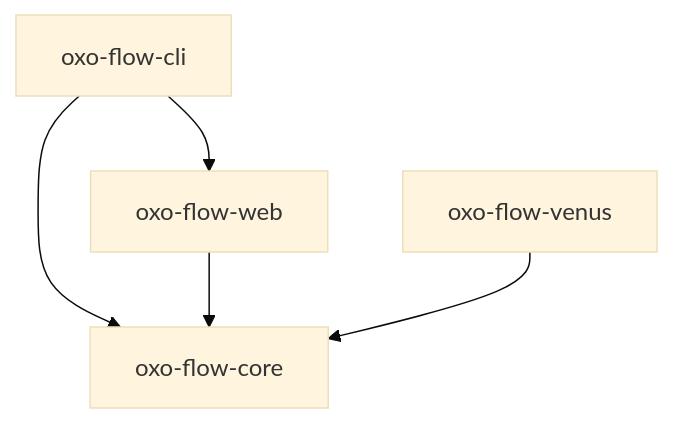
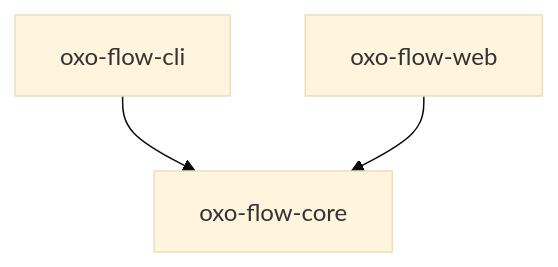
The first of 2 diagrams in docs/guide/src/reference/architecture.md (Traitome/oxo-flow), drawn with Mermaid (base theme) before and after one commit. The commit also changed other lines of this file and 24 other files, not shown here.

First line of the commit message:
chore: completely remove Venus from oxo-flow repository

````diff
--- a/docs/guide/src/reference/architecture.md
+++ b/docs/guide/src/reference/architecture.md
@@ -25,7 +24,5 @@
 ```mermaid
 graph TD
     CLI[oxo-flow-cli] --> Core[oxo-flow-core]
-    CLI --> Web[oxo-flow-web]
-    Web --> Core
-    Venus[oxo-flow-venus] --> Core
+    Web[oxo-flow-web] --> Core
 ```
````
